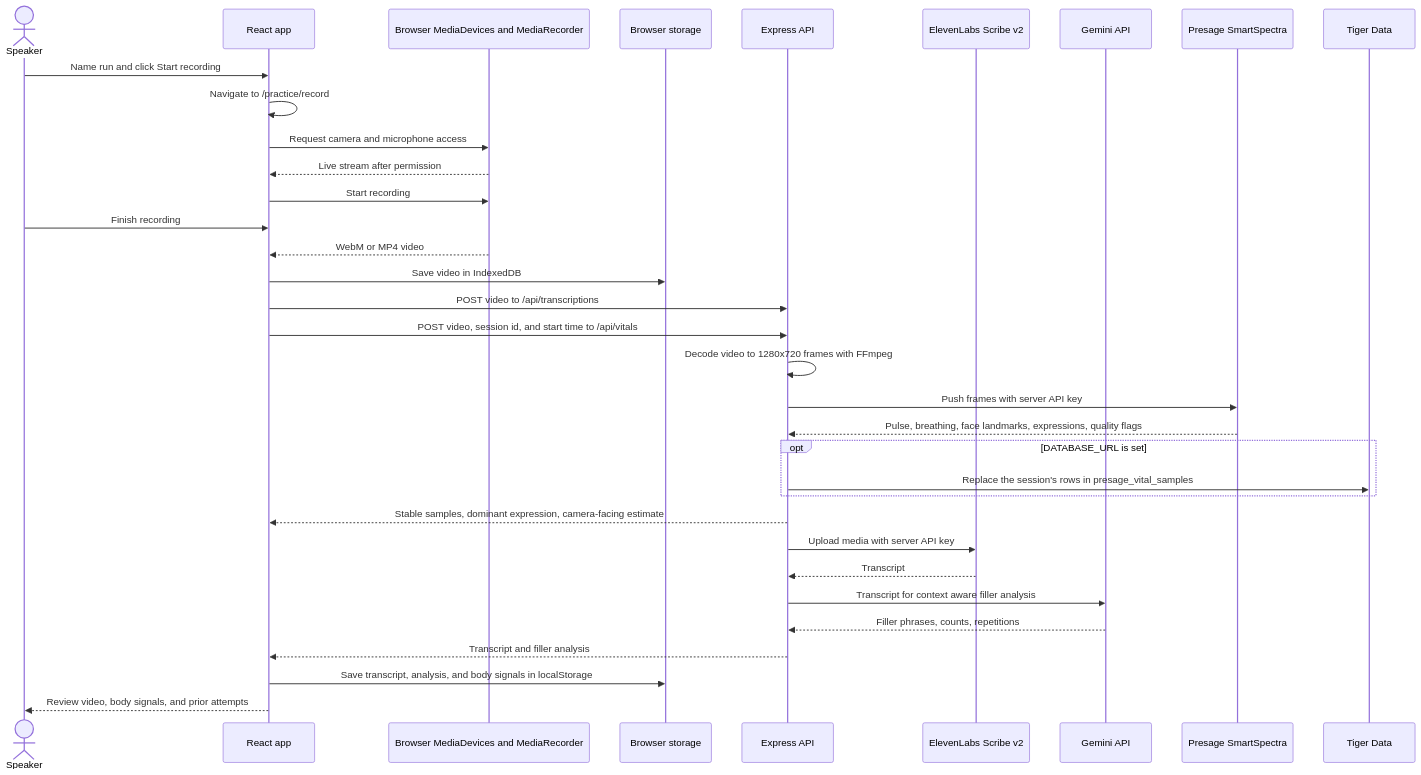
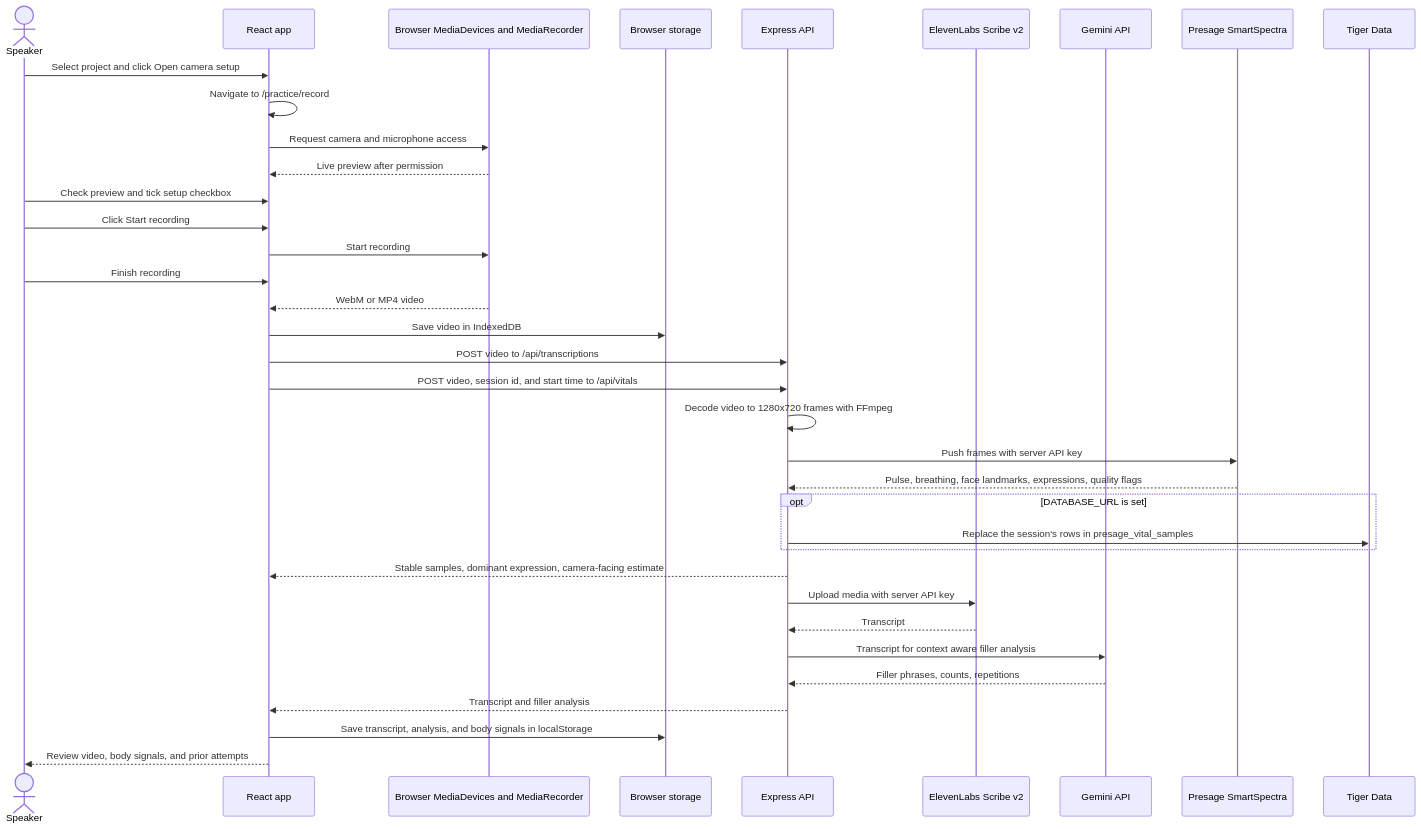
The diagram in README.md (civ19/PepTalk), drawn with Mermaid before and after one commit. The commit also changed other lines of this file and 20 other files, not shown here.

````diff
--- a/README.md
+++ b/README.md
@@ -50,36 +50,38 @@
 ```mermaid
 sequenceDiagram
     actor Speaker
     participant UI as React app
     participant Media as Browser MediaDevices and MediaRecorder
     participant Store as Browser storage
     participant API as Express API
     participant Eleven as ElevenLabs Scribe v2
     participant Gemini as Gemini API
     participant Presage as Presage SmartSpectra
     participant DB as Tiger Data
-    Speaker->>UI: Name run and click Start recording
+    Speaker->>UI: Select project and click Open camera setup
     UI->>UI: Navigate to /practice/record
     UI->>Media: Request camera and microphone access
-    Media-->>UI: Live stream after permission
+    Media-->>UI: Live preview after permission
+    Speaker->>UI: Check preview and tick setup checkbox
+    Speaker->>UI: Click Start recording
     UI->>Media: Start recording
     Speaker->>UI: Finish recording
     Media-->>UI: WebM or MP4 video
     UI->>Store: Save video in IndexedDB
     UI->>API: POST video to /api/transcriptions
     UI->>API: POST video, session id, and start time to /api/vitals
     API->>API: Decode video to 1280x720 frames with FFmpeg
     API->>Presage: Push frames with server API key
     Presage-->>API: Pulse, breathing, face landmarks, expressions, quality flags
     opt DATABASE_URL is set
         API->>DB: Replace the session's rows in presage_vital_samples
     end
     API-->>UI: Stable samples, dominant expression, camera-facing estimate
     API->>Eleven: Upload media with server API key
     Eleven-->>API: Transcript
     API->>Gemini: Transcript for context aware filler analysis
     Gemini-->>API: Filler phrases, counts, repetitions
     API-->>UI: Transcript and filler analysis
     UI->>Store: Save transcript, analysis, and body signals in localStorage
     UI-->>Speaker: Review video, body signals, and prior attempts
 ```
````
